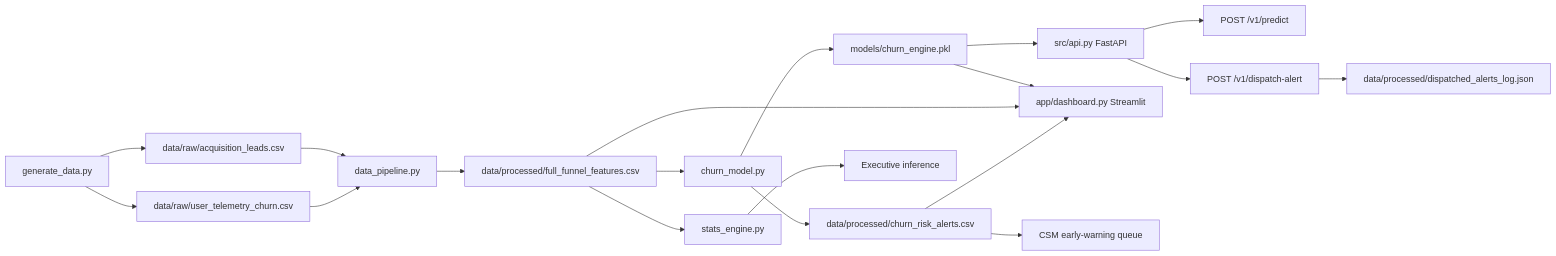
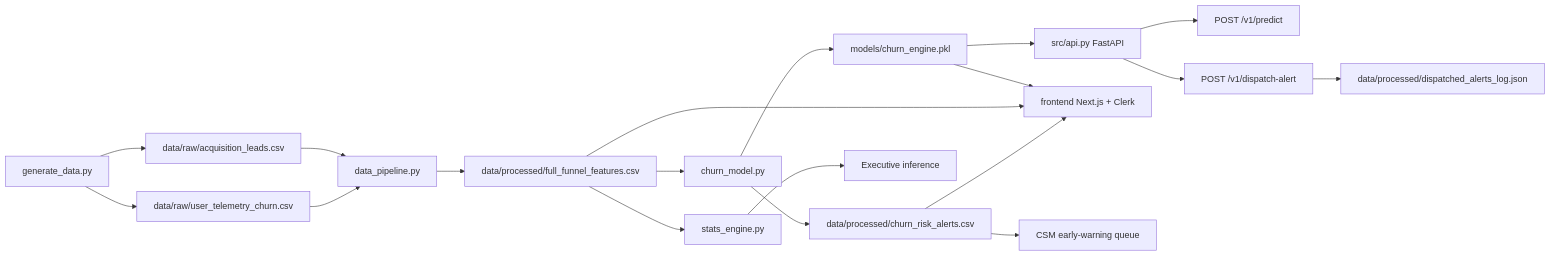
The second of 4 diagrams in README.md (kirshanharivelmwork/rev-lifecycle-engine), drawn with Mermaid before and after one commit. The commit also changed other lines of this file and 20 other files, not shown here.

Commit message:
feat: complete acquisition UI, backfill settings, and checkout flow

````diff
--- a/README.md
+++ b/README.md
@@ -97,21 +99,21 @@
 ```mermaid
 flowchart LR
     A[generate_data.py] --> B[data/raw/acquisition_leads.csv]
     A --> C[data/raw/user_telemetry_churn.csv]
     B --> D[data_pipeline.py]
     C --> D
     D --> E[data/processed/full_funnel_features.csv]
     E --> F[stats_engine.py]
     E --> G[churn_model.py]
     G --> H[data/processed/churn_risk_alerts.csv]
     G --> K[models/churn_engine.pkl]
     K --> L[src/api.py FastAPI]
-    K --> M[app/dashboard.py Streamlit]
+    K --> M[frontend Next.js + Clerk]
     E --> M
     H --> M
     L --> N[POST /v1/predict]
     L --> O[POST /v1/dispatch-alert]
     O --> P[data/processed/dispatched_alerts_log.json]
     F --> I[Executive inference]
     H --> J[CSM early-warning queue]
 ```
````
